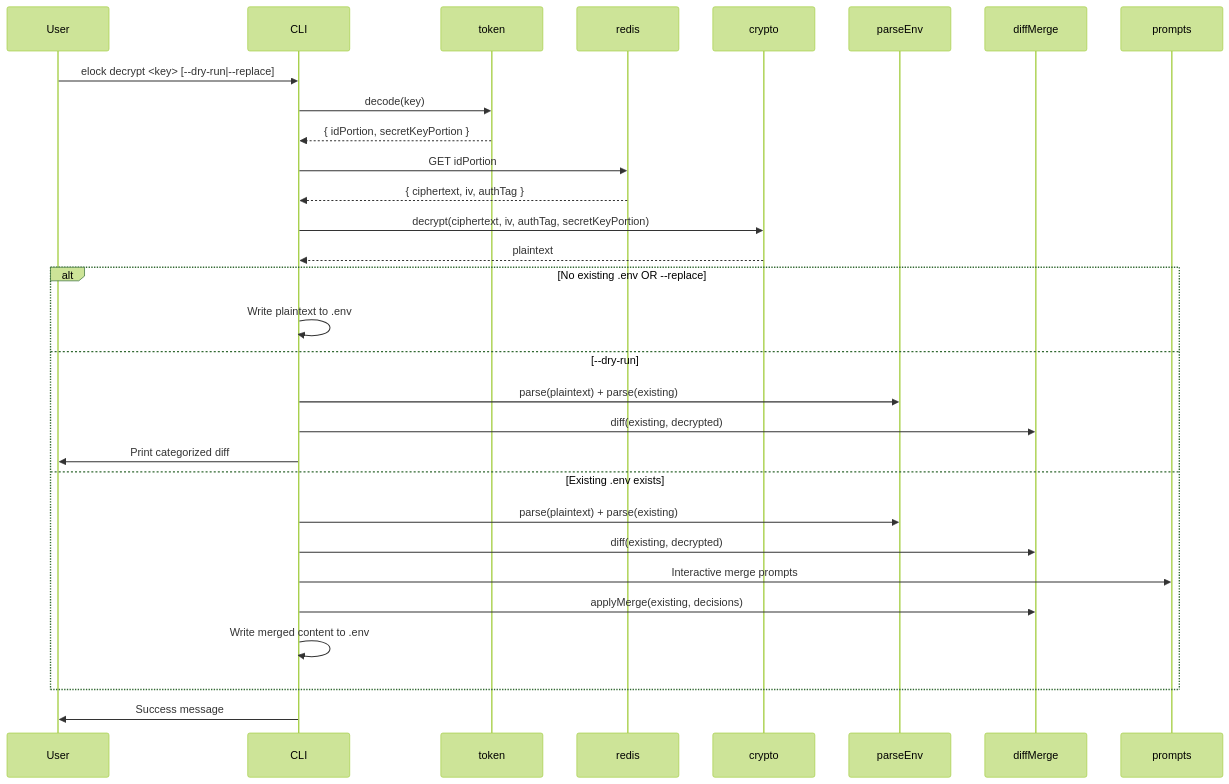
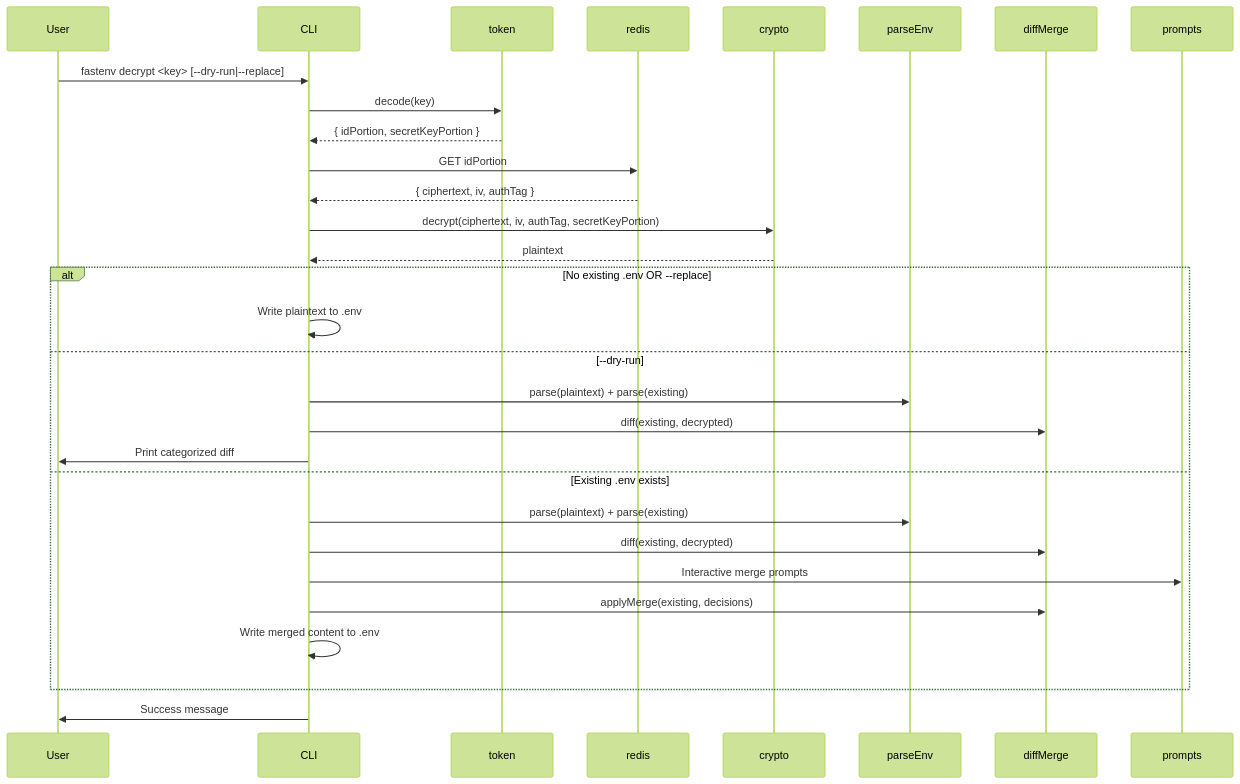
Before and after one commit to matrix6c/fastenv: the third of 3 diagrams in .kiro/specs/elock-cli/design.md, drawn with Mermaid (forest theme). The commit also changed other lines of this file and 4 other files, not shown here.

First line of the commit message:
docs(elock-cli): Rename project from elock to fastenv

````diff
--- a/.kiro/specs/elock-cli/design.md
+++ b/.kiro/specs/elock-cli/design.md
@@ -119,33 +119,33 @@
 ```mermaid
 sequenceDiagram
     participant User
     participant CLI
     participant Token as token
     participant Redis as redis
     participant Crypto as crypto
     participant Parser as parseEnv
     participant Merge as diffMerge
     participant Prompts as prompts
 
-    User->>CLI: elock decrypt <key> [--dry-run|--replace]
+    User->>CLI: fastenv decrypt <key> [--dry-run|--replace]
     CLI->>Token: decode(key)
     Token-->>CLI: { idPortion, secretKeyPortion }
     CLI->>Redis: GET idPortion
     Redis-->>CLI: { ciphertext, iv, authTag }
     CLI->>Crypto: decrypt(ciphertext, iv, authTag, secretKeyPortion)
     Crypto-->>CLI: plaintext
     alt No existing .env OR --replace
         CLI->>CLI: Write plaintext to .env
     else --dry-run
         CLI->>Parser: parse(plaintext) + parse(existing)
         CLI->>Merge: diff(existing, decrypted)
         CLI->>User: Print categorized diff
     else Existing .env exists
         CLI->>Parser: parse(plaintext) + parse(existing)
         CLI->>Merge: diff(existing, decrypted)
         CLI->>Prompts: Interactive merge prompts
         CLI->>Merge: applyMerge(existing, decisions)
         CLI->>CLI: Write merged content to .env
     end
     CLI->>User: Success message
 ```
````
